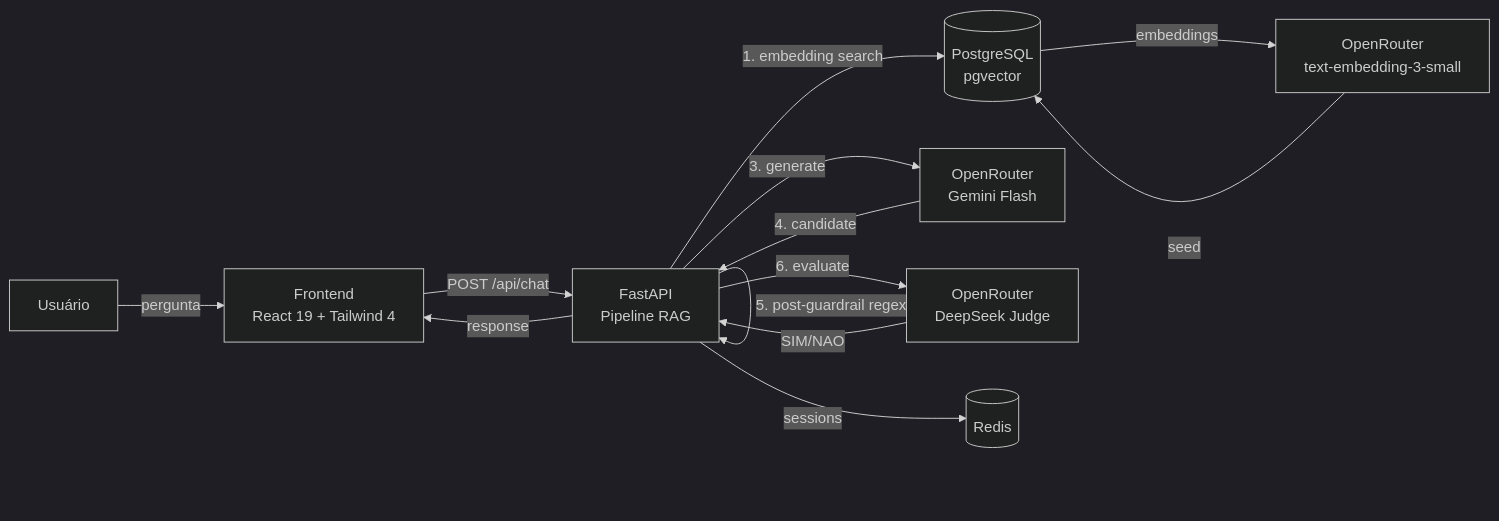
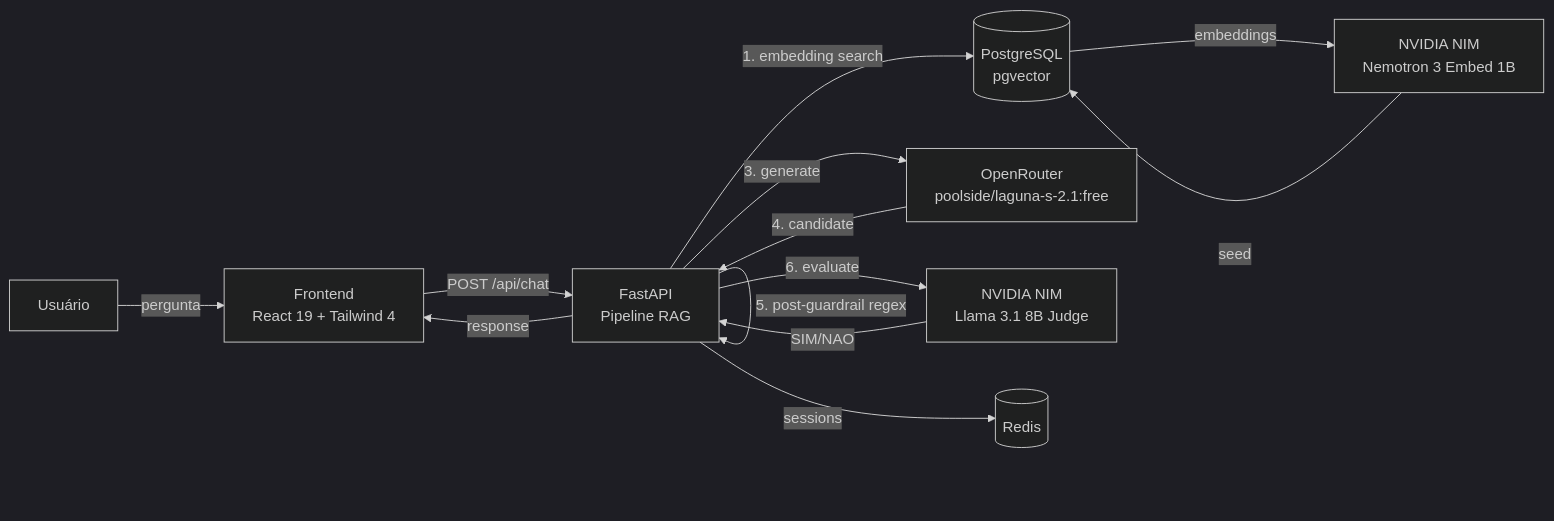
The diagram in README.md (rodrigoss384/agent-reliability-lab), drawn with Mermaid (dark theme) before and after one commit. The commit also changed other lines of this file and 23 other files, not shown here.

````diff
--- a/README.md
+++ b/README.md
@@ -24,16 +25,16 @@
 ```mermaid
 flowchart LR
     U[Usuário] -->|pergunta| FE[Frontend<br/>React 19 + Tailwind 4]
     FE -->|POST /api/chat| API[FastAPI<br/>Pipeline RAG]
     API -->|1. embedding search| PG[(PostgreSQL<br/>pgvector)]
     API -->|2. pre-guardrail regex| API
-    API -->|3. generate| OR[OpenRouter<br/>Gemini Flash]
+    API -->|3. generate| OR[OpenRouter<br/>poolside/laguna-s-2.1:free]
     OR -->|4. candidate| API
     API -->|5. post-guardrail regex| API
-    API -->|6. evaluate| OR2[OpenRouter<br/>DeepSeek Judge]
-    OR2 -->|SIM/NAO| API
+    API -->|6. evaluate| NJ[NVIDIA NIM<br/>Llama 3.1 8B Judge]
+    NJ -->|SIM/NAO| API
     API -->|sessions| RD[(Redis)]
     API -->|response| FE
-    PG -->|embeddings| OE[OpenRouter<br/>text-embedding-3-small]
-    OE -->|seed| PG
+    PG -->|embeddings| NE[NVIDIA NIM<br/>Nemotron 3 Embed 1B]
+    NE -->|seed| PG
 ```
````
